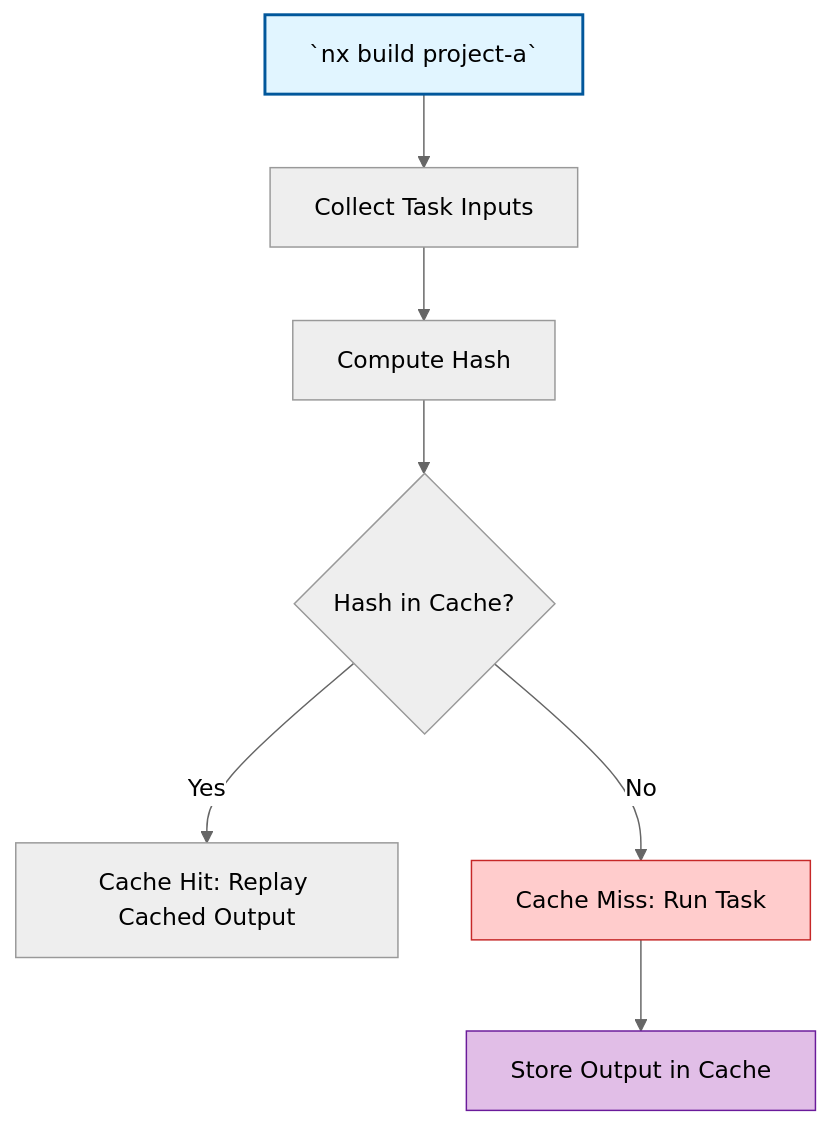
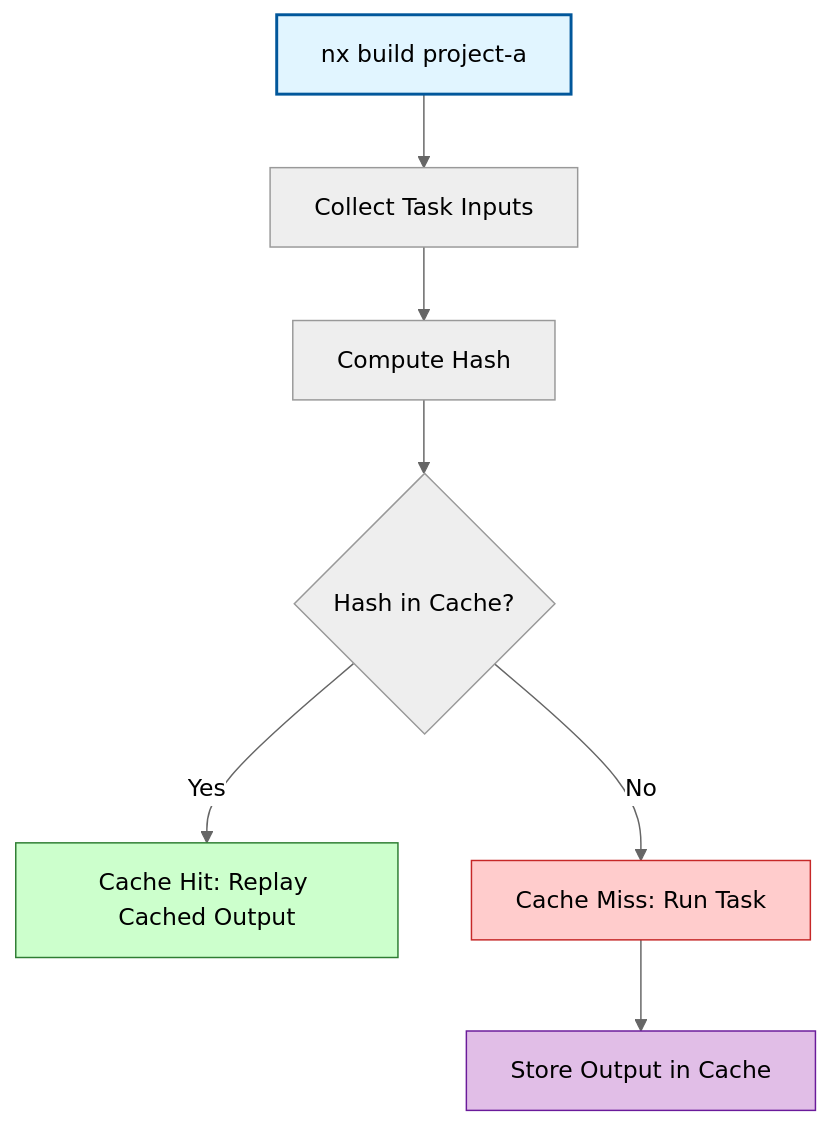
The second of 2 diagrams in content/blog/understanding-nx-affected-graph-vs-cache-hits/index.md (edbzn/edbzn.github.io), drawn with Mermaid (neutral theme) before and after one commit. The commit also changed other lines of this file, not shown here.

Commit message:
Fix formatting in mermaid diagrams for affected graph and caching explanations

````diff
--- a/content/blog/understanding-nx-affected-graph-vs-cache-hits/index.md
+++ b/content/blog/understanding-nx-affected-graph-vs-cache-hits/index.md
@@ -101,13 +101,14 @@
 ```mermaid
 graph TD
-  CMD[`nx build project-a`] --> Inputs[Collect Task Inputs]
+  CMD[nx build project-a] --> Inputs[Collect Task Inputs]
   Inputs --> Hash[Compute Hash]
   Hash --> Check{Hash in Cache?}
   Check -->|Yes| Replay[Cache Hit: Replay Cached Output]
   Check -->|No| Run[Cache Miss: Run Task]
   Run --> Store[Store Output in Cache]
 
   style CMD fill:#e1f5ff,stroke:#01579b,stroke-width:2px
+  style Replay fill:#ccffcc,stroke:#2e7d32
   style Run fill:#ffcccc,stroke:#c62828
   style Store fill:#e1bee7,stroke:#6a1b9a
 ```
````
